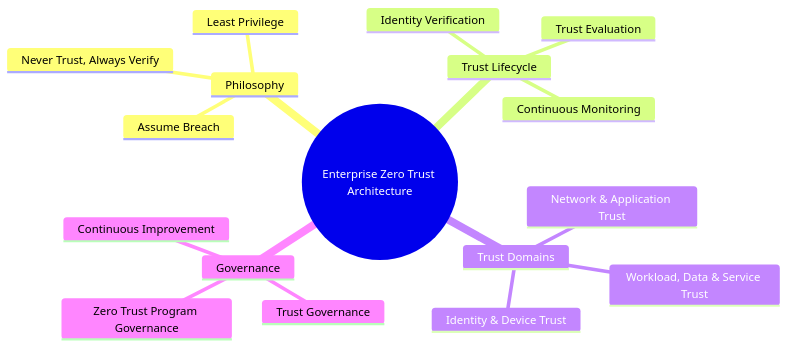
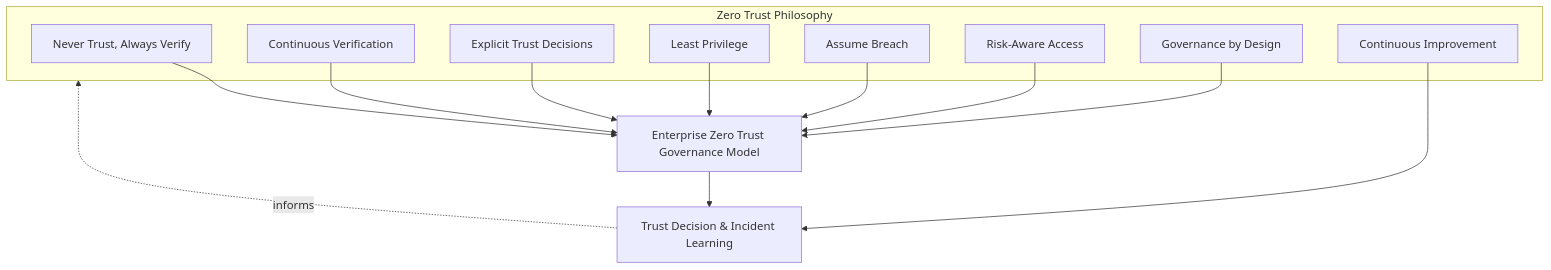
Before and after one commit to MojammelJoy/StackLeo-Tech-Store: the first of 7 diagrams in 06_Security/zero-trust-strategy.md, drawn with Mermaid. The commit also changed other lines of this file and 37 other files, not shown here.

````diff
--- a/06_Security/zero-trust-strategy.md
+++ b/06_Security/zero-trust-strategy.md
@@ -85,20 +69,23 @@
 ```mermaid
-mindmap
-  root((Enterprise Zero Trust Architecture))
-    Philosophy
-      Never Trust, Always Verify
-      Least Privilege
-      Assume Breach
-    Trust Lifecycle
-      Identity Verification
-      Trust Evaluation
-      Continuous Monitoring
-    Trust Domains
-      Identity & Device Trust
-      Network & Application Trust
-      Workload, Data & Service Trust
-    Governance
-      Trust Governance
-      Zero Trust Program Governance
-      Continuous Improvement
+flowchart TD
+    subgraph Philosophy[Zero Trust Philosophy]
+        NTAV[Never Trust, Always Verify]
+        CV2[Continuous Verification]
+        ETD[Explicit Trust Decisions]
+        LP7[Least Privilege]
+        AB[Assume Breach]
+        RAA3[Risk-Aware Access]
+        GbD14[Governance by Design]
+        CI14[Continuous Improvement]
+    end
+    NTAV --> Model11[Enterprise Zero Trust Governance Model]
+    CV2 --> Model11
+    ETD --> Model11
+    LP7 --> Model11
+    AB --> Model11
+    RAA3 --> Model11
+    GbD14 --> Model11
+    Model11 --> Learning14[Trust Decision & Incident Learning]
+    Learning14 -.informs.-> Philosophy
+    CI14 --> Learning14
 ```
````
